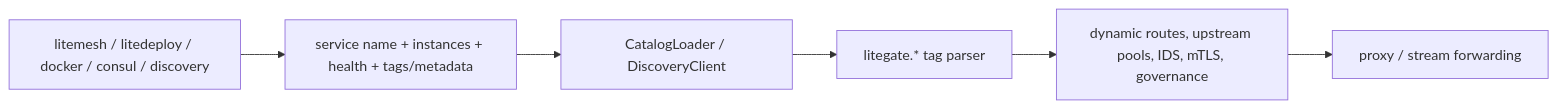
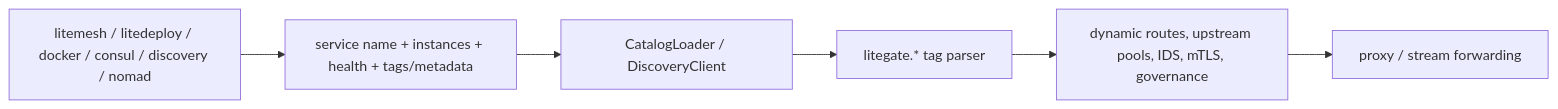
The diagram in docs/en/user/07-discovery/overview.md (jamesleeon/litegate-website), drawn with Mermaid before and after one commit. The commit also changed other lines of this file and 202 other files, not shown here.

````diff
--- a/docs/en/user/07-discovery/overview.md
+++ b/docs/en/user/07-discovery/overview.md
@@ -22,8 +23,8 @@
 ```mermaid
 flowchart LR
-    L["litemesh / litedeploy / docker / consul / discovery"] --> M["service name + instances + health + tags/metadata"]
+    L["litemesh / litedeploy / docker / consul / discovery / nomad"] --> M["service name + instances + health + tags/metadata"]
     M --> C["CatalogLoader / DiscoveryClient"]
     C --> T["litegate.* tag parser"]
     T --> R["dynamic routes, upstream pools, IDS, mTLS, governance"]
     R --> P["proxy / stream forwarding"]
 ```
````
